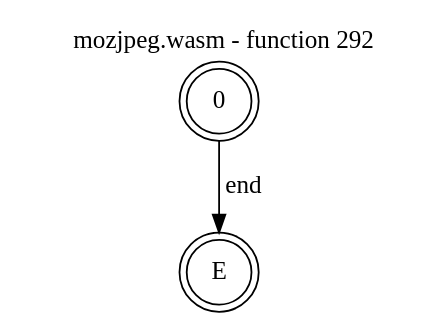
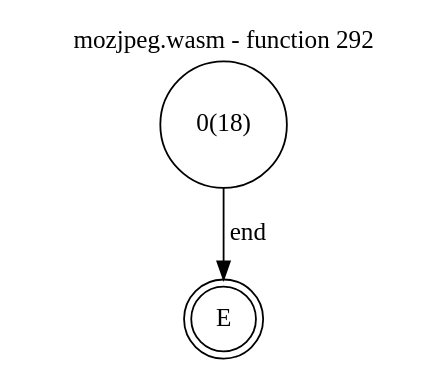
One commit to jsCarleton/wanalyze changed the diagram in test_cases/mozjpeg/funcs/mozjpeg-func292.dot. Above: the diagram before and after it, drawn with Graphviz. The commit also changed 592 other files, not shown here.

```diff
--- a/test_cases/mozjpeg/funcs/mozjpeg-func292.dot
+++ b/test_cases/mozjpeg/funcs/mozjpeg-func292.dot
@@ -1,10 +1,11 @@
 digraph finite_state_machine {
     label = "mozjpeg.wasm - function 292"
     labelloc =  t
     labelfontsize = 16
     labelfontcolor = black
     labelfontname = "Helvetica"
-    node [shape = doublecircle]; 0 E ;
-    node [shape = circle];
+    node [shape = doublecircle]; E ;
+node [shape=circle, fontcolor=black, style="", label="0(18)"]0
+node [shape=circle, fontcolor=black, style="", label="E"]E
     0 -> E[label="end"];
 }
```
